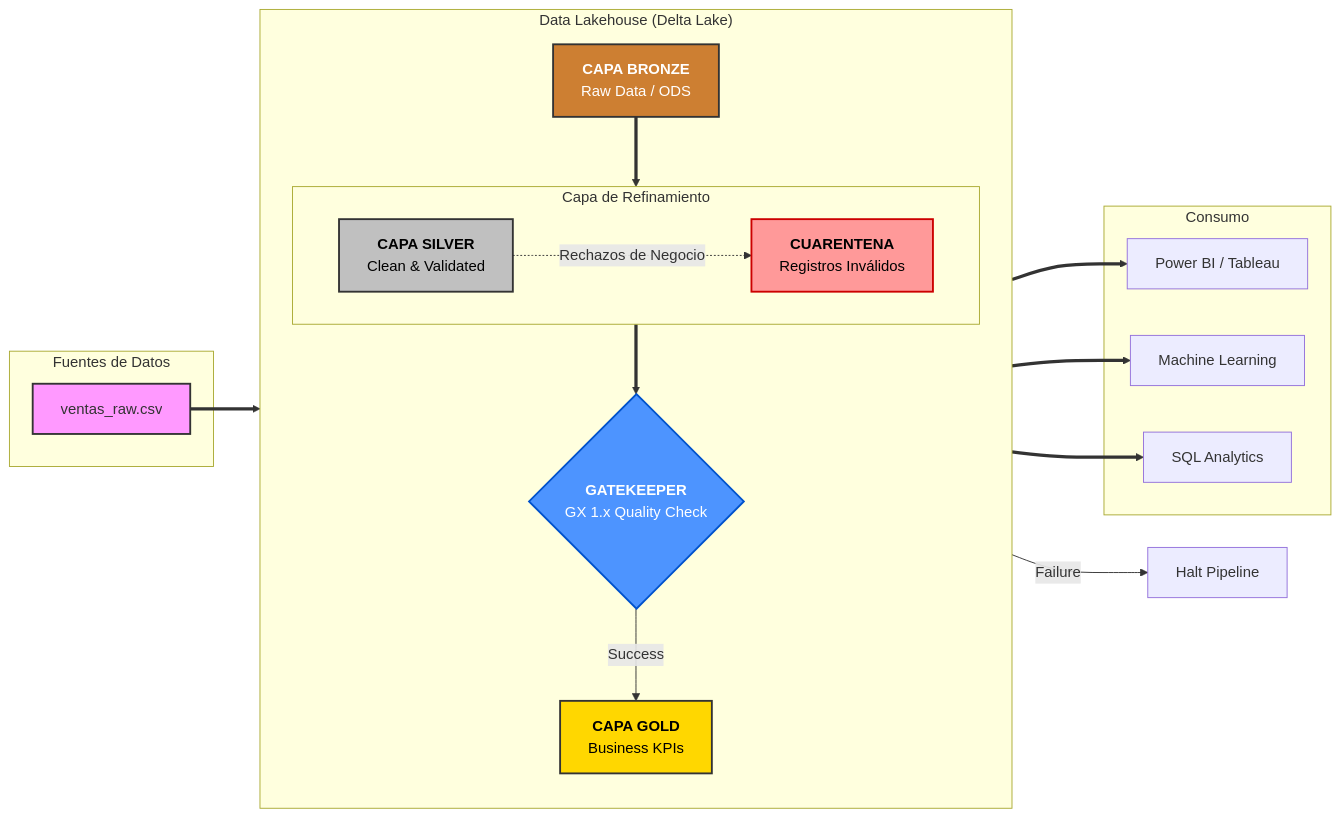
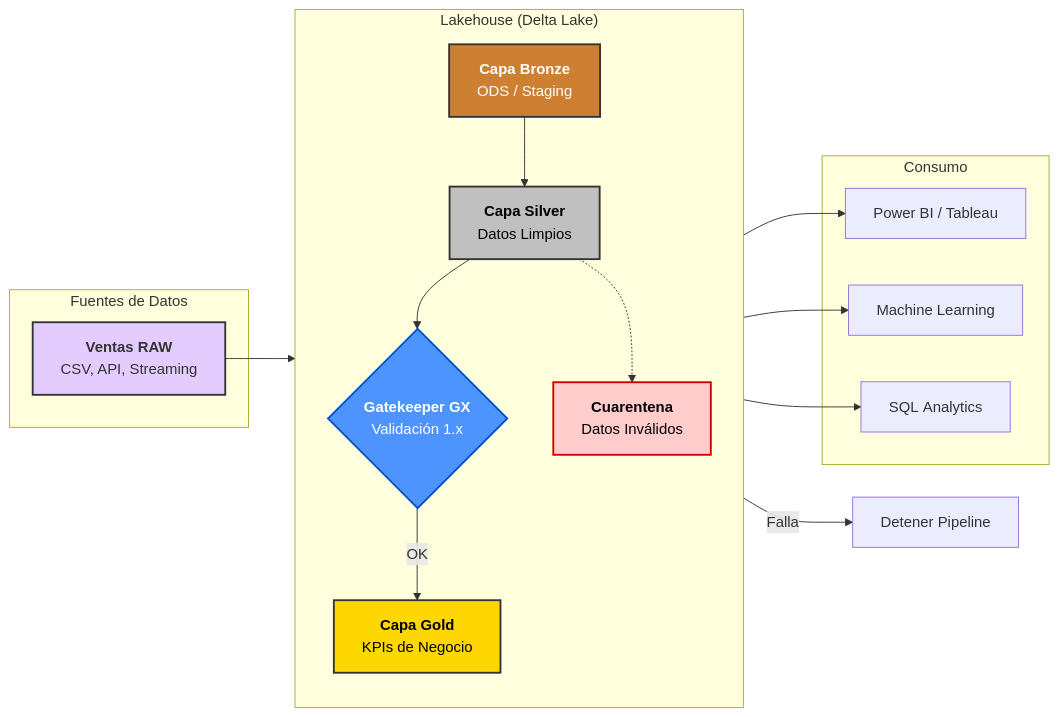
The first of 2 diagrams in README.md (CarlosRivasplata/retailnova-lakehouse), drawn with Mermaid before and after one commit. The commit also changed other lines of this file and 6 other files, not shown here.

````diff
--- a/README.md
+++ b/README.md
@@ -24,44 +41,38 @@
 ```mermaid
-graph LR
+flowchart LR
     subgraph "Fuentes de Datos"
-        RAW[ventas_raw.csv]
+        RAW["<b>Ventas RAW</b><br/>CSV, API, Streaming"]
     end
-
-    subgraph "Data Lakehouse (Delta Lake)"
+    
+    subgraph "Lakehouse (Delta Lake)"
         direction TB
-        B[<b>CAPA BRONZE</b><br/>Raw Data / ODS]
-        
-        subgraph "Capa de Refinamiento"
-            direction LR
-            S[<b>CAPA SILVER</b><br/>Clean & Validated]
-            Q[<b>CUARENTENA</b><br/>Registros Inválidos]
-        end
-        
-        V{<b>GATEKEEPER</b><br/>GX 1.x Quality Check}
-        
-        G[<b>CAPA GOLD</b><br/>Business KPIs]
+        BR["<b>Capa Bronze</b><br/>ODS / Staging"]
+        SR["<b>Capa Silver</b><br/>Datos Limpios"]
+        QC["<b>Cuarentena</b><br/>Datos Inválidos"]
+        GK{"<b>Gatekeeper GX</b><br/>Validación 1.x"}
+        GL["<b>Capa Gold</b><br/>KPIs de Negocio"]
     end
-
+    
     subgraph "Consumo"
-        BI[Power BI / Tableau]
-        ML[Machine Learning]
-        SQL[SQL Analytics]
+        BI["Power BI / Tableau"]
+        ML["Machine Learning"]
+        SQL["SQL Analytics"]
     end
-
-    RAW ==> B
-    B ==> S
-    S ==> V
-    V -- Success --> G
-    V -- Failure --> ALERT[Halt Pipeline]
-    S -.->|Rechazos de Negocio| Q
-    G ==> BI
-G ==> ML
-G ==> SQL
-
-    style B fill:#CD7F32,stroke:#333,stroke-width:2px,color:#fff
-    style S fill:#C0C0C0,stroke:#333,stroke-width:2px,color:#000
-    style G fill:#FFD700,stroke:#333,stroke-width:2px,color:#000
-    style Q fill:#ff9999,stroke:#cc0000,stroke-width:2px,color:#000
-    style V fill:#4d94ff,stroke:#0052cc,stroke-width:2px,color:#fff
-    style RAW fill:#f9f,stroke:#333,stroke-width:2px
+    
+    RAW --> BR
+    BR --> SR
+    SR --> GK
+    SR -.-> QC
+    GK -- OK --> GL
+    GK -- Falla --> HALT["Detener Pipeline"]
+    GL --> BI
+    GL --> ML
+    GL --> SQL
+    
+    style BR fill:#CD7F32,color:#fff,stroke:#333,stroke-width:2px
+    style SR fill:#C0C0C0,color:#000,stroke:#333,stroke-width:2px
+    style GL fill:#FFD700,color:#000,stroke:#333,stroke-width:2px
+    style QC fill:#ffcccc,color:#000,stroke:#cc0000,stroke-width:2px
+    style GK fill:#4d94ff,color:#fff,stroke:#0052cc,stroke-width:2px
+    style RAW fill:#e5ccff,stroke:#333,stroke-width:2px
 ```
````
